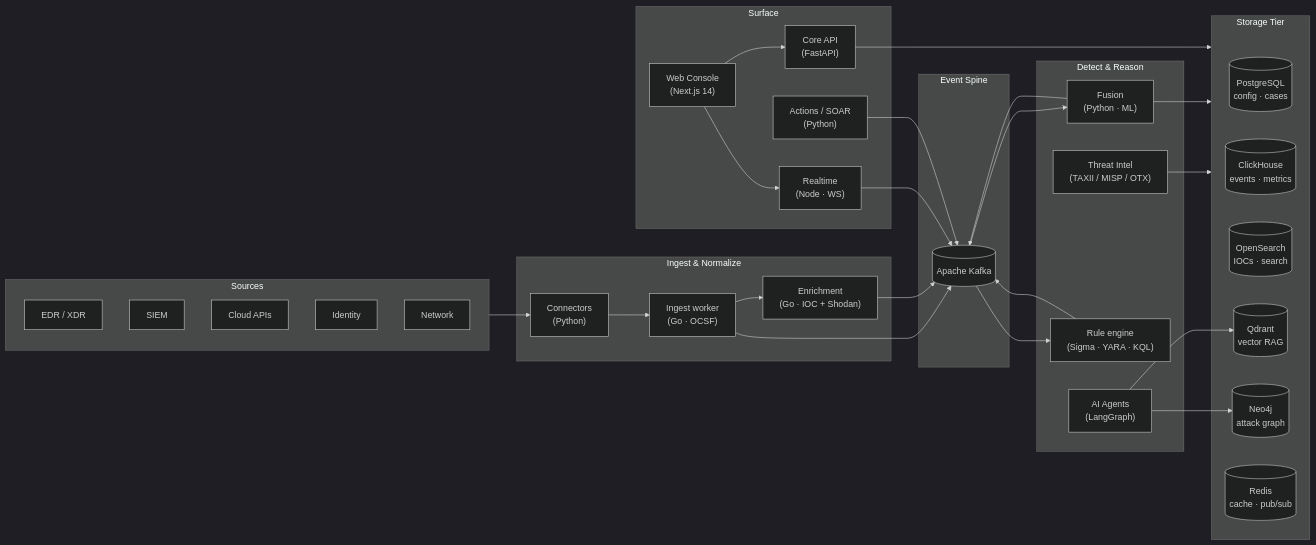
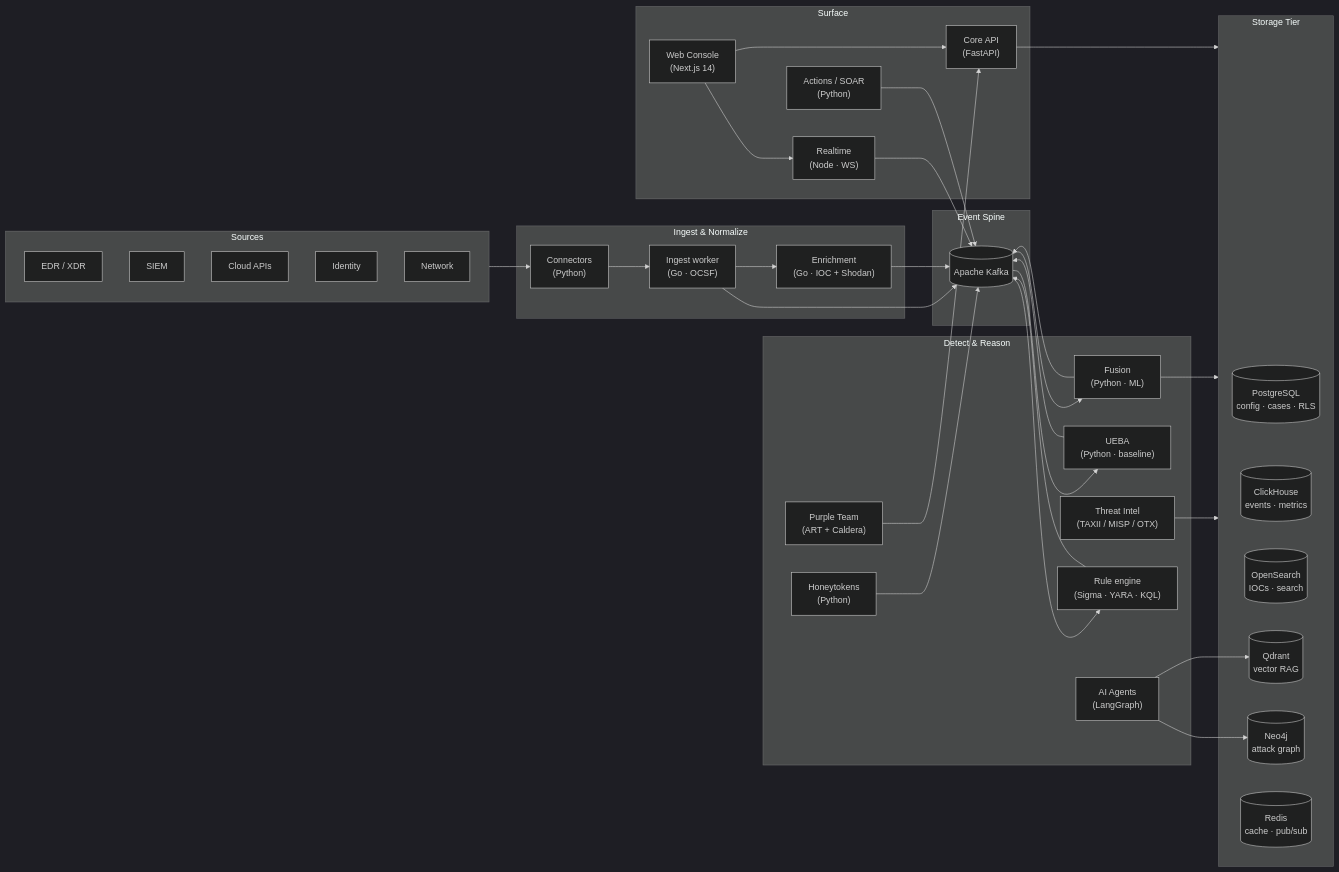
Before and after one commit to beenuar/AiSOC: the diagram in README.md, drawn with Mermaid (dark theme). The commit also changed other lines of this file and 301 other files, not shown here.

````diff
--- a/README.md
+++ b/README.md
@@ -88,57 +107,63 @@
 ```mermaid
 flowchart LR
     subgraph Sources["Sources"]
         EDR["EDR / XDR"]
         SIEM["SIEM"]
         Cloud["Cloud APIs"]
         IDP["Identity"]
         Net["Network"]
     end
 
     subgraph Ingest["Ingest & Normalize"]
         Connectors["Connectors\n(Python)"]
         IngestSvc["Ingest worker\n(Go · OCSF)"]
         Enrich["Enrichment\n(Go · IOC + Shodan)"]
     end
 
     subgraph Spine["Event Spine"]
         Kafka[("Apache Kafka")]
     end
 
     subgraph Detect["Detect & Reason"]
         Fusion["Fusion\n(Python · ML)"]
+        UEBA["UEBA\n(Python · baseline)"]
         TI["Threat Intel\n(TAXII / MISP / OTX)"]
         Rules["Rule engine\n(Sigma · YARA · KQL)"]
         Agents["AI Agents\n(LangGraph)"]
+        HT["Honeytokens\n(Python)"]
+        PT["Purple Team\n(ART + Caldera)"]
     end
 
     subgraph Storage["Storage Tier"]
-        PG[("PostgreSQL\nconfig · cases")]
+        PG[("PostgreSQL\nconfig · cases · RLS")]
         CH[("ClickHouse\nevents · metrics")]
         OS[("OpenSearch\nIOCs · search")]
         QD[("Qdrant\nvector RAG")]
         N4[("Neo4j\nattack graph")]
         RD[("Redis\ncache · pub/sub")]
     end
 
     subgraph Surface["Surface"]
         API["Core API\n(FastAPI)"]
         RT["Realtime\n(Node · WS)"]
         Web["Web Console\n(Next.js 14)"]
         Actions["Actions / SOAR\n(Python)"]
     end
 
     Sources --> Connectors --> IngestSvc --> Kafka
     IngestSvc --> Enrich --> Kafka
     Kafka --> Fusion --> Kafka
+    Kafka --> UEBA --> Kafka
     Kafka --> Rules --> Kafka
     TI --> Storage
     Fusion --> Storage
+    HT --> Kafka
+    PT --> API
     Agents --> QD
     Agents --> N4
     API --> Storage
     RT --> Kafka
     Web --> API
     Web --> RT
     Actions --> Kafka
 ```
````
